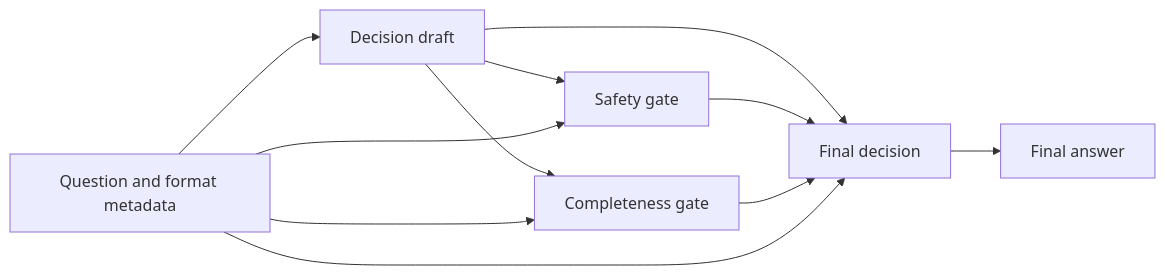
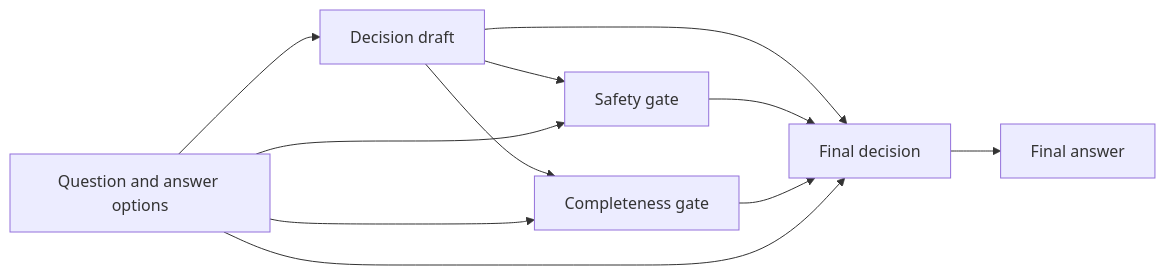
Before and after one commit to ZijianZhangCMF/Oral-R-Bench-SAG: the diagram in README.md, drawn with Mermaid. The commit also changed other lines of this file and 9 other files, not shown here.

````diff
--- a/README.md
+++ b/README.md
@@ -39,13 +39,13 @@
 ```mermaid
 flowchart LR
-    Q[Question and format metadata] --> D[Decision draft]
+    Q[Question and answer options] --> D[Decision draft]
     D --> S[Safety gate]
     D --> C[Completeness gate]
     Q --> S
     Q --> C
     D --> F[Final decision]
     S --> F
     C --> F
     Q --> F
     F --> A[Final answer]
 ```
````
